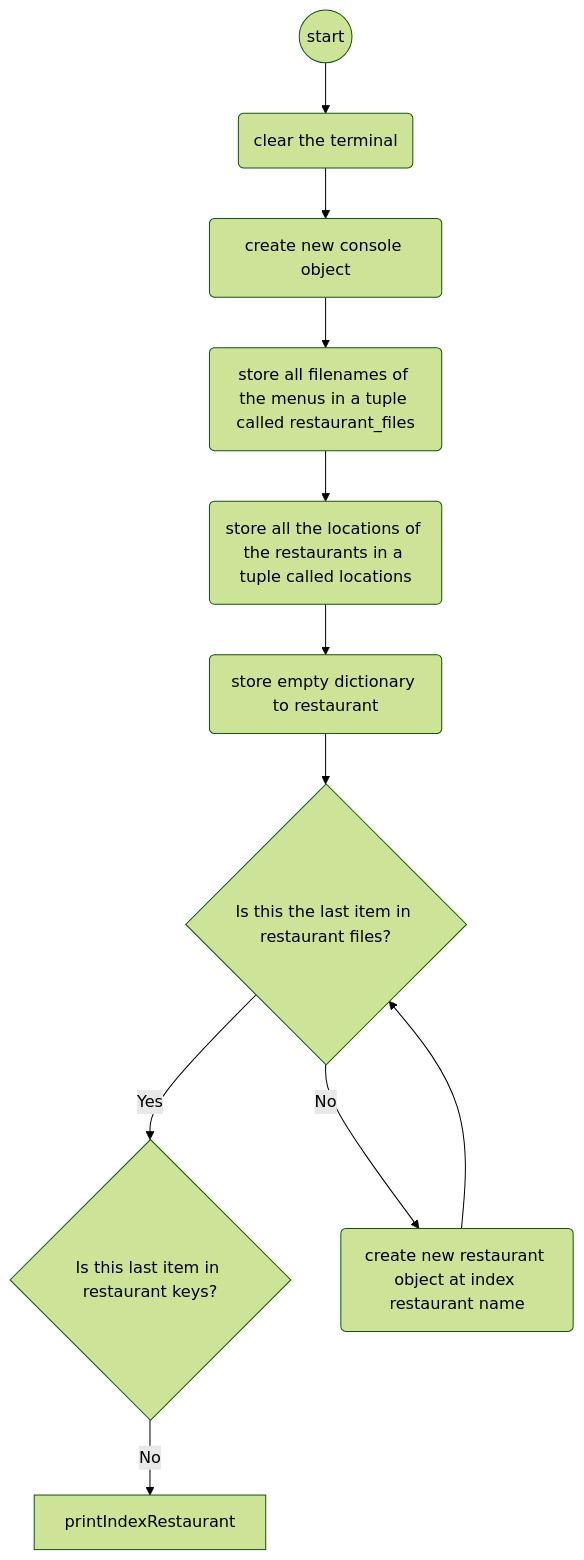
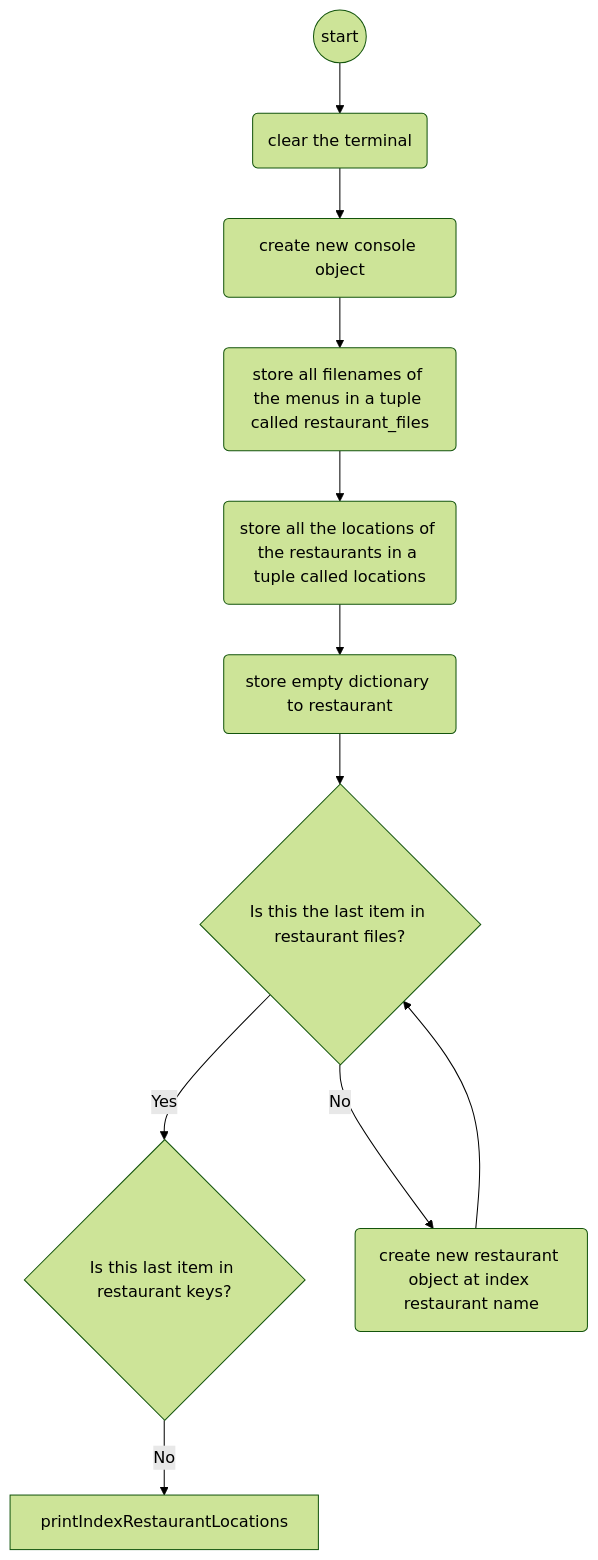
Before and after one commit to asdcf35/classwork: the diagram in Error Journaling/flowchart.mmd, drawn with Mermaid (forest theme).

Commit message:
May 13, 2024, 7:11 PM

```diff
--- a/Error Journaling/flowchart.mmd
+++ b/Error Journaling/flowchart.mmd
@@ -1,10 +1,10 @@
 flowchart
     start((start)) -->
     clearTerminal(clear the terminal) -->
     consoleObject(create new console object) -->
     restaurantFiles(store all filenames of the menus in a tuple called restaurant_files) -->
     locations(store all the locations of the restaurants in a tuple called locations) -->
     emptyRestaurant(store empty dictionary to restaurant) -->
     lastItemInRestaurantFiles{Is this the last item in restaurant files?} --> |Yes| lastItemInRestaurantKeys{Is this last item in restaurant keys?}
-    lastItemInRestaurantKeys --> |No| printIndexRestaurant
+    lastItemInRestaurantKeys --> |No| printIndexRestaurantLocations
     lastItemInRestaurantFiles --> |No| createRestaurantItem(create new restaurant object at index restaurant name) --> lastItemInRestaurantFiles    
```
